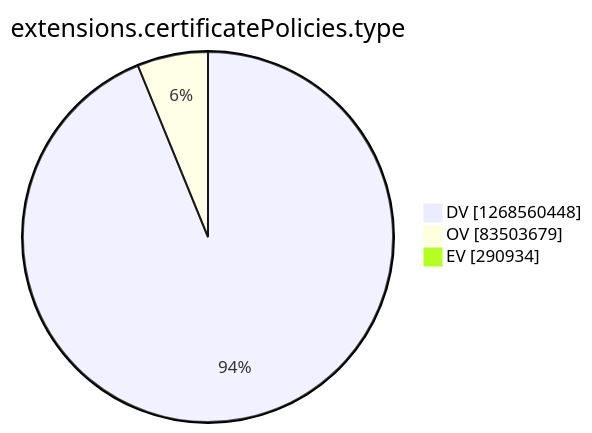
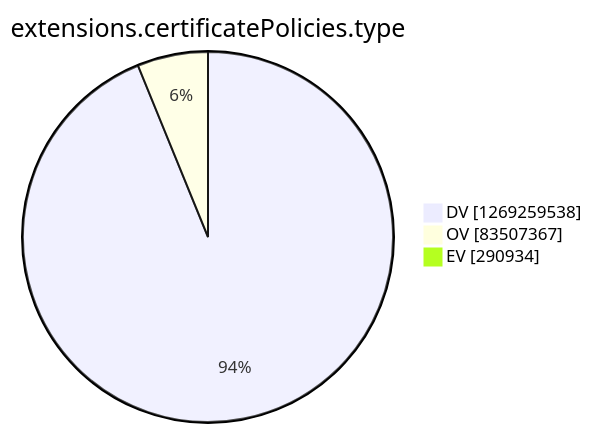
The tenth of 15 diagrams in argon2022/README.md (christiankrug/ctmonitor_visualization), drawn with Mermaid before and after one commit. The commit also changed other lines of this file, not shown here.

````diff
--- a/argon2022/README.md
+++ b/argon2022/README.md
@@ -2771,7 +2771,7 @@
 ```mermaid
 pie showData
 title extensions.certificatePolicies.type
-"DV" :1268560448
-"OV" :83503679
+"DV" :1269259538
+"OV" :83507367
 "EV" :290934
 ```
````
